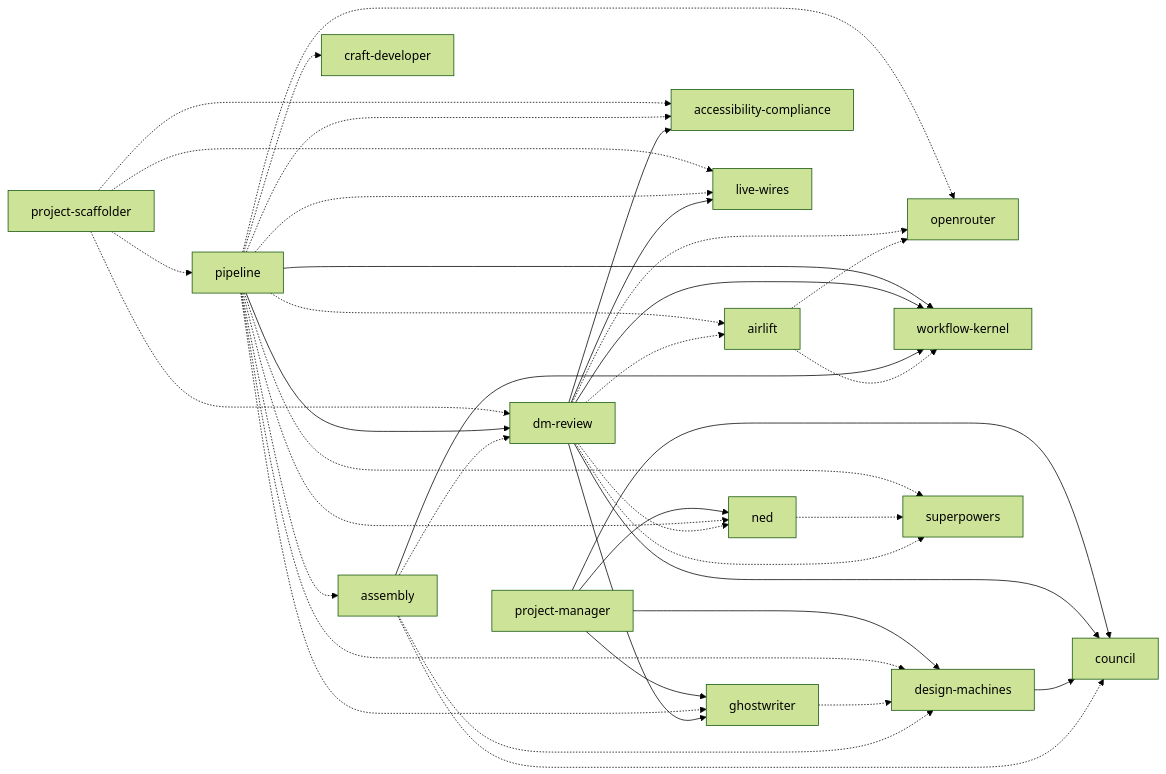
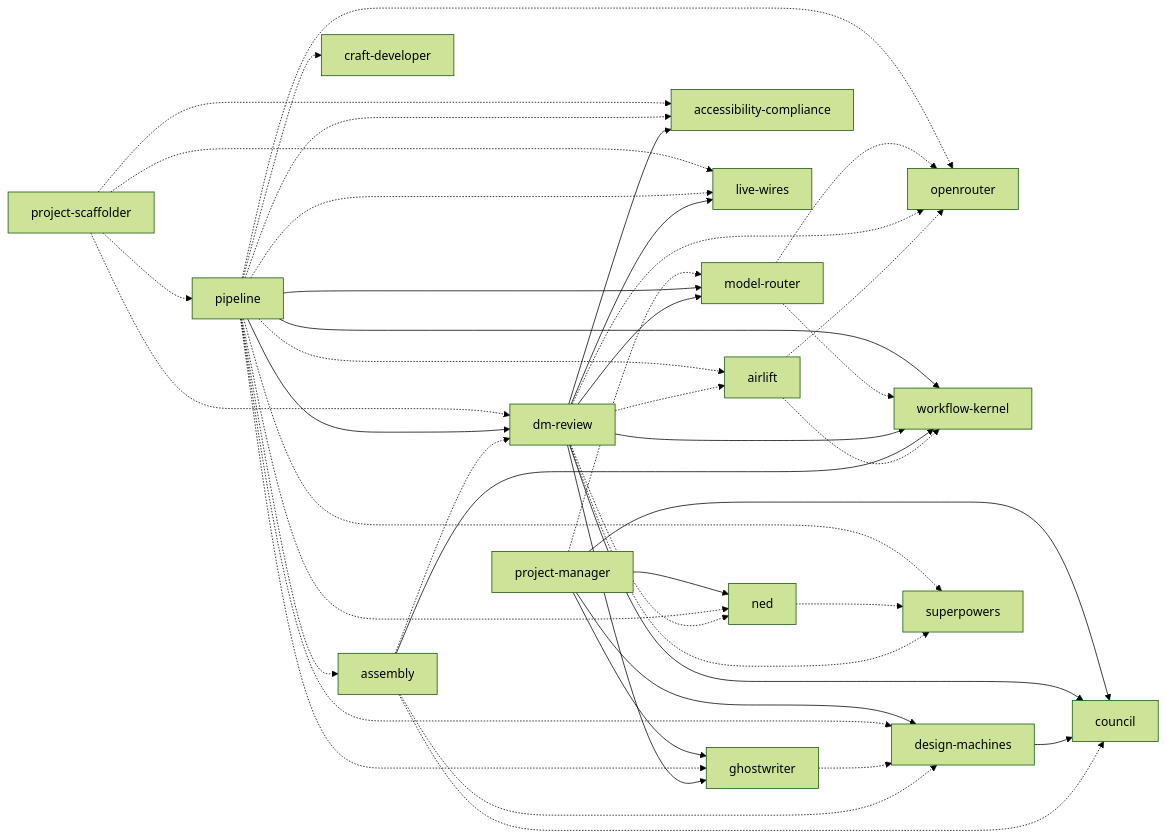
Before and after one commit to Design-Machines-Studio/depot: the diagram in docs/dependency-graph.md, drawn with Mermaid (forest theme). The commit also changed other lines of this file and 117 other files, not shown here.

````diff
--- a/docs/dependency-graph.md
+++ b/docs/dependency-graph.md
@@ -5,41 +5,46 @@
 ```mermaid
 graph LR
   airlift -.-> openrouter
   airlift -.-> workflow-kernel
   assembly --> workflow-kernel
   assembly -.-> council
   assembly -.-> design-machines
   assembly -.-> dm-review
   design-machines --> council
   dm-review --> accessibility-compliance
   dm-review --> live-wires
   dm-review --> ghostwriter
   dm-review --> council
+  dm-review --> model-router
   dm-review --> workflow-kernel
   dm-review -.-> ned
   dm-review -.-> superpowers
   dm-review -.-> airlift
   dm-review -.-> openrouter
   ghostwriter -.-> design-machines
+  model-router -.-> openrouter
+  model-router -.-> workflow-kernel
   ned -.-> superpowers
   pipeline --> dm-review
+  pipeline --> model-router
   pipeline --> workflow-kernel
   pipeline -.-> ned
   pipeline -.-> design-machines
   pipeline -.-> assembly
   pipeline -.-> live-wires
   pipeline -.-> craft-developer
   pipeline -.-> accessibility-compliance
   pipeline -.-> ghostwriter
   pipeline -.-> superpowers
   pipeline -.-> airlift
   pipeline -.-> openrouter
   project-manager --> ned
   project-manager --> design-machines
   project-manager --> ghostwriter
   project-manager --> council
+  project-manager -.-> model-router
   project-scaffolder -.-> live-wires
   project-scaffolder -.-> dm-review
   project-scaffolder -.-> pipeline
   project-scaffolder -.-> accessibility-compliance
 ```
````
